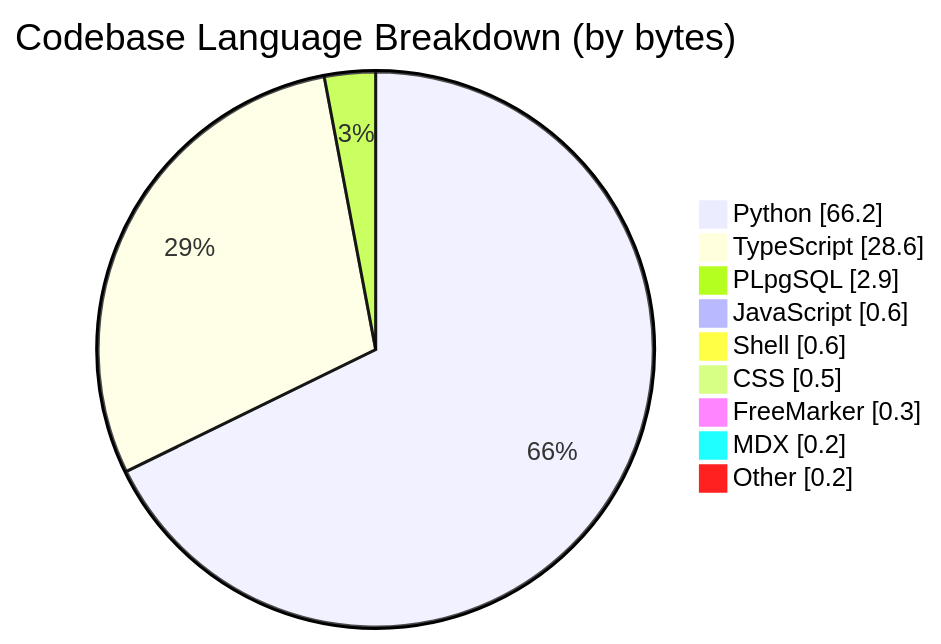
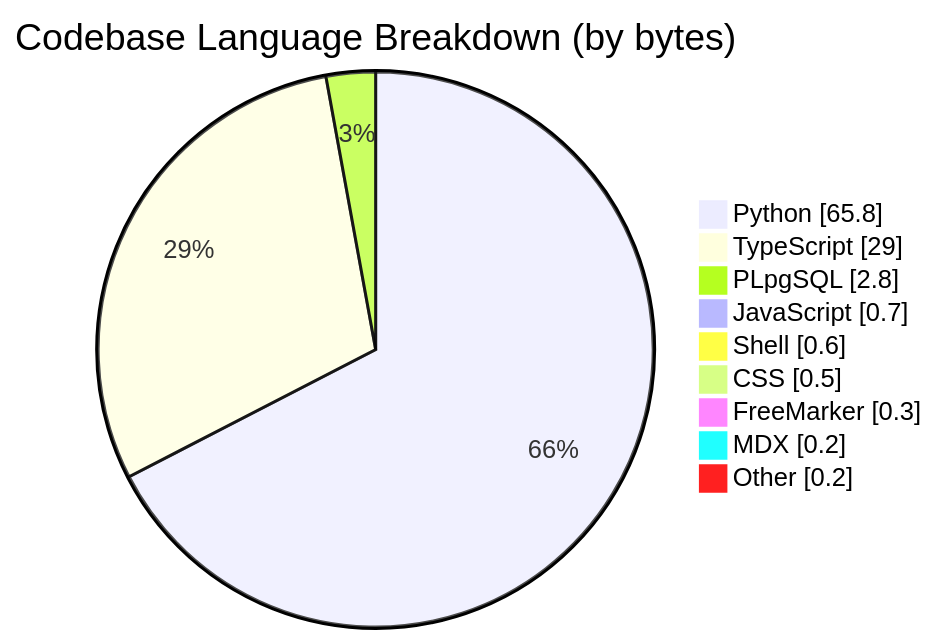
One commit to CSTH-Projects/.github changed the third of 4 diagrams in profile/README.md. Above: the diagram before and after it, drawn with Mermaid. The commit also changed other lines of this file, not shown here.

````diff
--- a/profile/README.md
+++ b/profile/README.md
@@ -63,13 +63,13 @@
 ```mermaid
 pie showData
     title Codebase Language Breakdown (by bytes)
-    "Python" : 66.2
-    "TypeScript" : 28.6
-    "PLpgSQL" : 2.9
-    "JavaScript" : 0.6
+    "Python" : 65.8
+    "TypeScript" : 29.0
+    "PLpgSQL" : 2.8
+    "JavaScript" : 0.7
     "Shell" : 0.6
     "CSS" : 0.5
     "FreeMarker" : 0.3
     "MDX" : 0.2
     "Other" : 0.2
 ```
````
